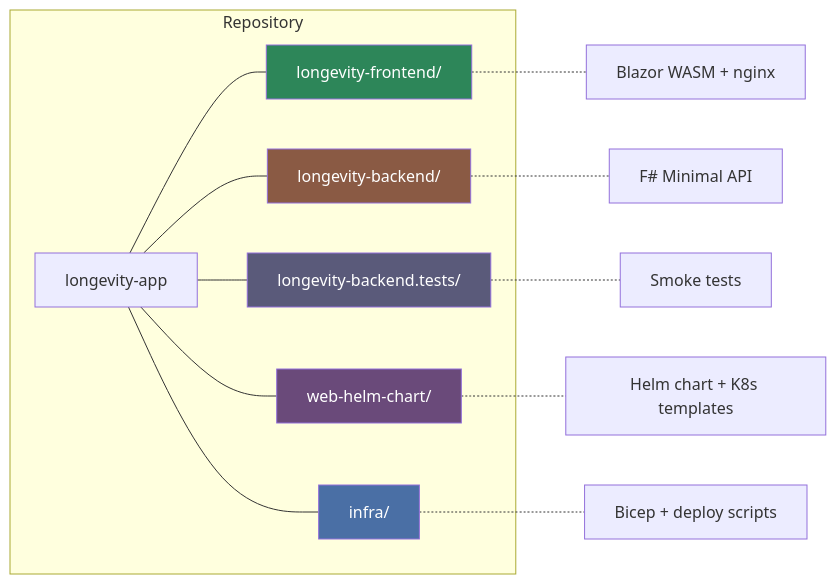
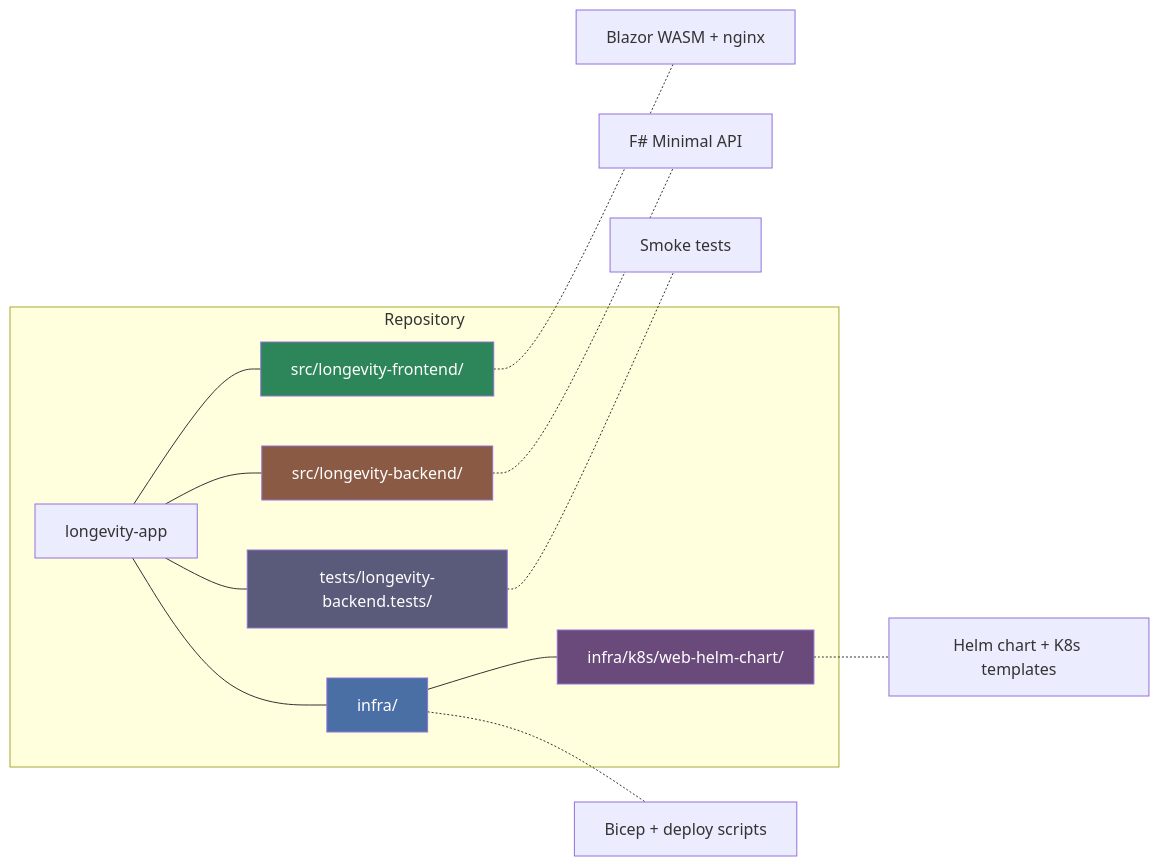
Before and after one commit to jagasafari/longevity: the second of 3 diagrams in README.md, drawn with Mermaid. The commit also changed other lines of this file and 68 other files, not shown here.

````diff
--- a/README.md
+++ b/README.md
@@ -65,29 +65,29 @@
 ```mermaid
 graph LR
     subgraph Repository
         ROOT[longevity-app]
-        FE[longevity-frontend/]
-        BE[longevity-backend/]
-        TESTS[longevity-backend.tests/]
-        HELM[web-helm-chart/]
+        FE[src/longevity-frontend/]
+        BE[src/longevity-backend/]
+        TESTS[tests/longevity-backend.tests/]
+        HELM[infra/k8s/web-helm-chart/]
         INFRA[infra/]
     end
 
     ROOT --- FE
     ROOT --- BE
     ROOT --- TESTS
-    ROOT --- HELM
+    INFRA --- HELM
     ROOT --- INFRA
 
     FE -.- FED[Blazor WASM + nginx]
     BE -.- BED[F# Minimal API]
     TESTS -.- TD[Smoke tests]
     HELM -.- HD[Helm chart + K8s templates]
     INFRA -.- ID[Bicep + deploy scripts]
 
     style FE fill:#2d8659,color:#fff
     style BE fill:#8a5a44,color:#fff
     style TESTS fill:#5a5a7a,color:#fff
     style HELM fill:#6a4a7a,color:#fff
     style INFRA fill:#4a6fa5,color:#fff
 ```
````
